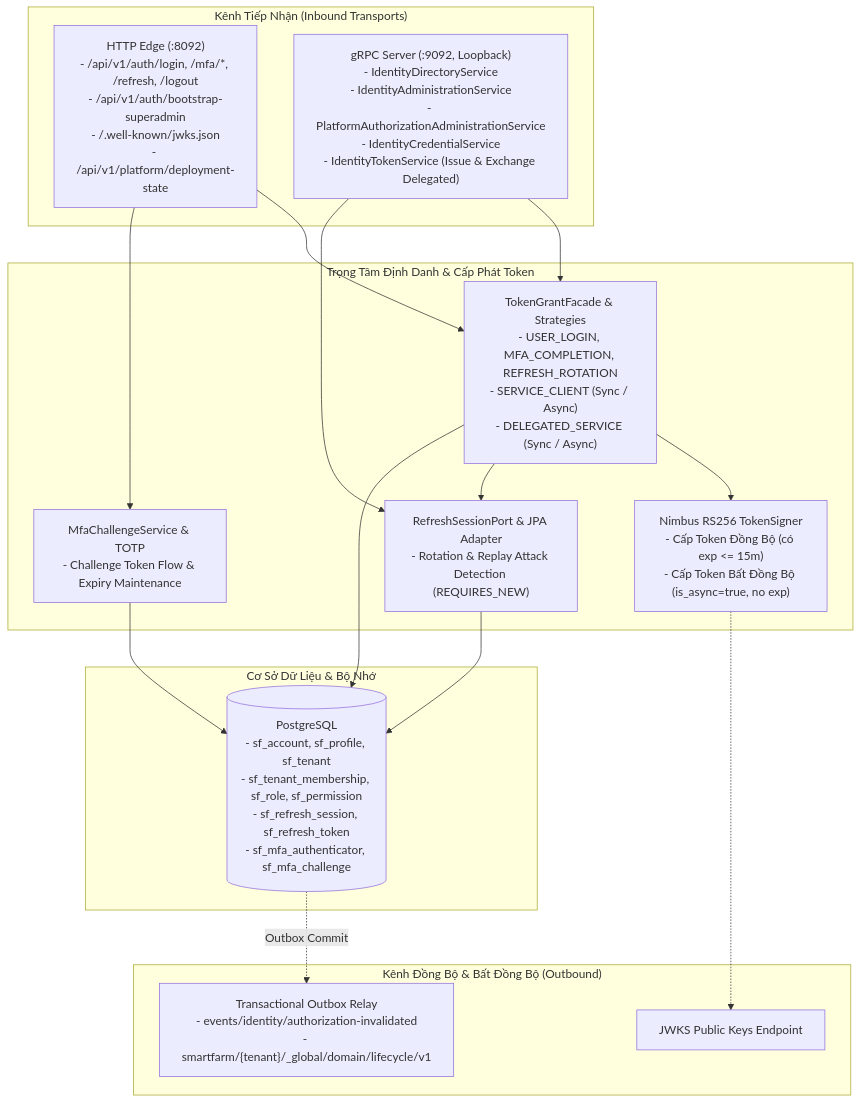
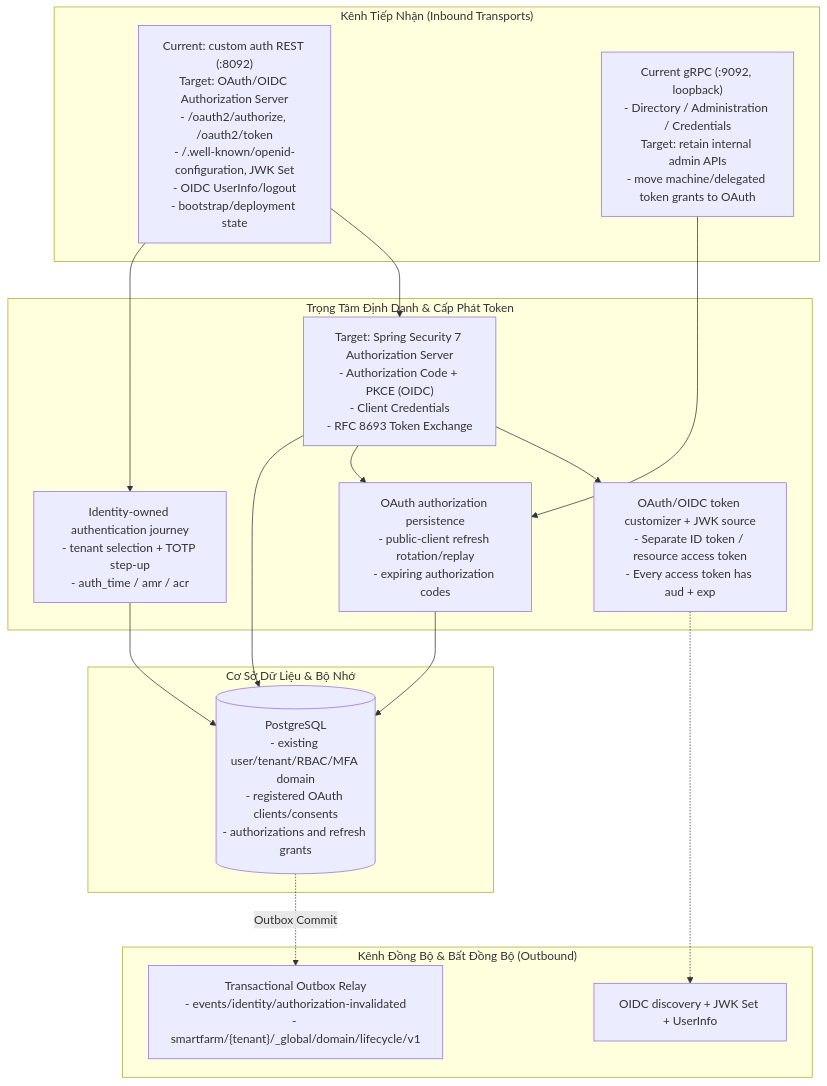
The diagram in IDENTITY_BACKLOG_UPDATED.md (hatrongvu13/smartfarm-platform-maven-starter), drawn with Mermaid before and after one commit. The commit also changed other lines of this file and 80 other files, not shown here.

Commit message:
complete identity service

````diff
--- a/IDENTITY_BACKLOG_UPDATED.md
+++ b/IDENTITY_BACKLOG_UPDATED.md
@@ -11,37 +11,36 @@
 ```mermaid
 flowchart TD
     subgraph Inbound["Kênh Tiếp Nhận (Inbound Transports)"]
-        HTTP["HTTP Edge (:8092)\n- /api/v1/auth/login, /mfa/*, /refresh, /logout\n- /api/v1/auth/bootstrap-superadmin\n- /.well-known/jwks.json\n- /api/v1/platform/deployment-state"]
-        GRPC["gRPC Server (:9092, Loopback)\n- IdentityDirectoryService\n- IdentityAdministrationService\n- PlatformAuthorizationAdministrationService\n- IdentityCredentialService\n- IdentityTokenService (Issue & Exchange Delegated)"]
+        HTTP["Current: custom auth REST (:8092)\nTarget: OAuth/OIDC Authorization Server\n- /oauth2/authorize, /oauth2/token\n- /.well-known/openid-configuration, JWK Set\n- OIDC UserInfo/logout\n- bootstrap/deployment state"]
+        GRPC["Current gRPC (:9092, loopback)\n- Directory / Administration / Credentials\nTarget: retain internal admin APIs\n- move machine/delegated token grants to OAuth"]
     end
 
     subgraph CoreEngine["Trọng Tâm Định Danh & Cấp Phát Token"]
-        GrantFacade["TokenGrantFacade & Strategies\n- USER_LOGIN, MFA_COMPLETION, REFRESH_ROTATION\n- SERVICE_CLIENT (Sync / Async)\n- DELEGATED_SERVICE (Sync / Async)"]
-        Signer["Nimbus RS256 TokenSigner\n- Cấp Token Đồng Bộ (có exp <= 15m)\n- Cấp Token Bất Đồng Bộ (is_async=true, no exp)"]
-        SessionMgr["RefreshSessionPort & JPA Adapter\n- Rotation & Replay Attack Detection (REQUIRES_NEW)"]
-        MfaMgr["MfaChallengeService & TOTP\n- Challenge Token Flow & Expiry Maintenance"]
+        GrantFacade["Target: Spring Security 7 Authorization Server\n- Authorization Code + PKCE (OIDC)\n- Client Credentials\n- RFC 8693 Token Exchange"]
+        Signer["OAuth/OIDC token customizer + JWK source\n- Separate ID token / resource access token\n- Every access token has aud + exp"]
+        SessionMgr["OAuth authorization persistence\n- public-client refresh rotation/replay\n- expiring authorization codes"]
+        MfaMgr["Identity-owned authentication journey\n- tenant selection + TOTP step-up\n- auth_time / amr / acr"]
     end
 
     subgraph Storage["Cơ Sở Dữ Liệu & Bộ Nhớ"]
-        DB[("PostgreSQL\n- sf_account, sf_profile, sf_tenant\n- sf_tenant_membership, sf_role, sf_permission\n- sf_refresh_session, sf_refresh_token\n- sf_mfa_authenticator, sf_mfa_challenge")]
+        DB[("PostgreSQL\n- existing user/tenant/RBAC/MFA domain\n- registered OAuth clients/consents\n- authorizations and refresh grants")]
     end
 
     subgraph Outbound["Kênh Đồng Bộ & Bất Đồng Bộ (Outbound)"]
-        JWKS["JWKS Public Keys Endpoint"]
+        JWKS["OIDC discovery + JWK Set + UserInfo"]
         MQTTOut["Transactional Outbox Relay\n- events/identity/authorization-invalidated\n- smartfarm/{tenant}/_global/domain/lifecycle/v1"]
     end
 
     HTTP --> GrantFacade
-    GRPC --> GrantFacade
     GRPC --> SessionMgr
     HTTP --> MfaMgr
 
     GrantFacade --> Signer
     GrantFacade --> SessionMgr
     GrantFacade --> DB
     SessionMgr --> DB
     MfaMgr --> DB
 
     Signer -.-> JWKS
     DB -.->|Outbox Commit| MQTTOut
 ```
````
